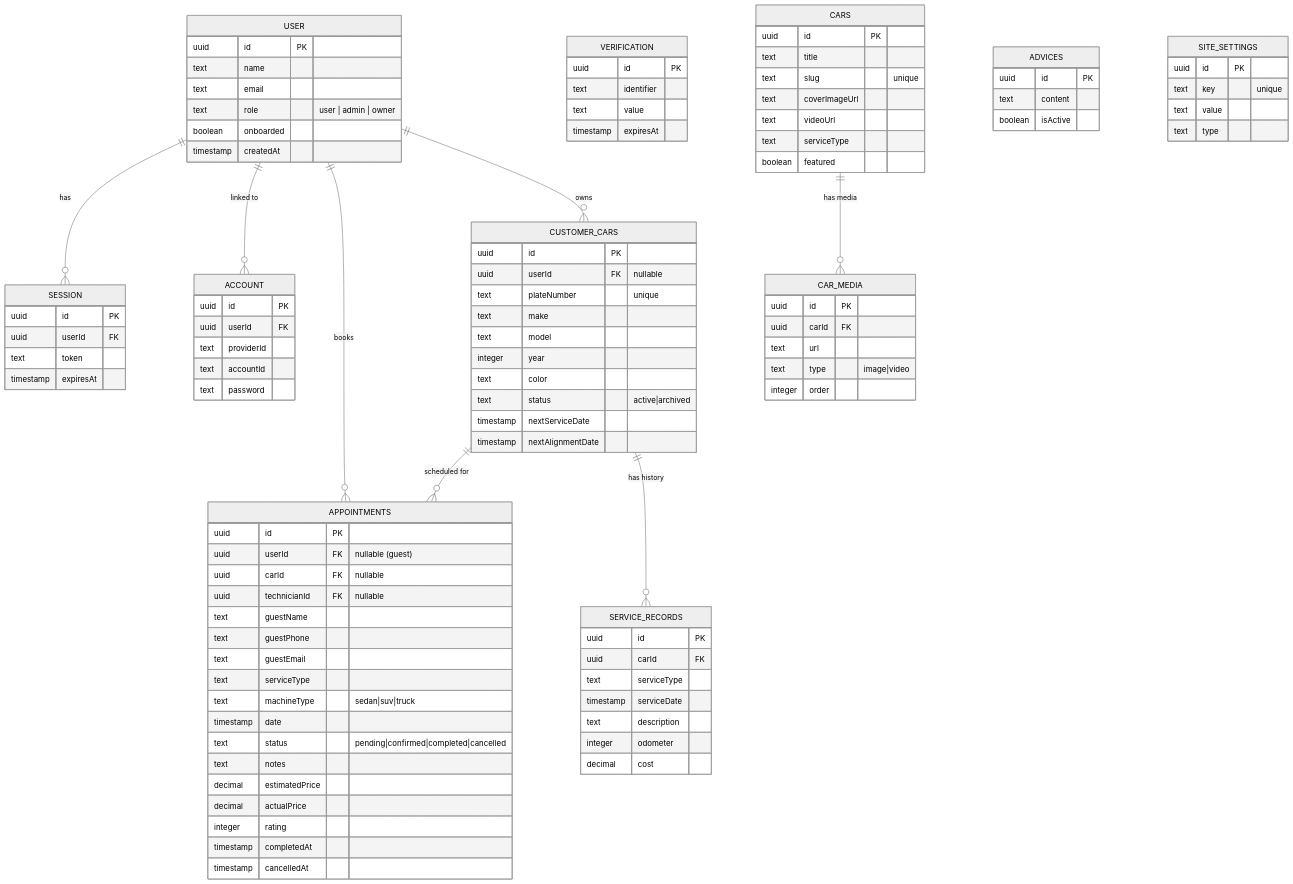
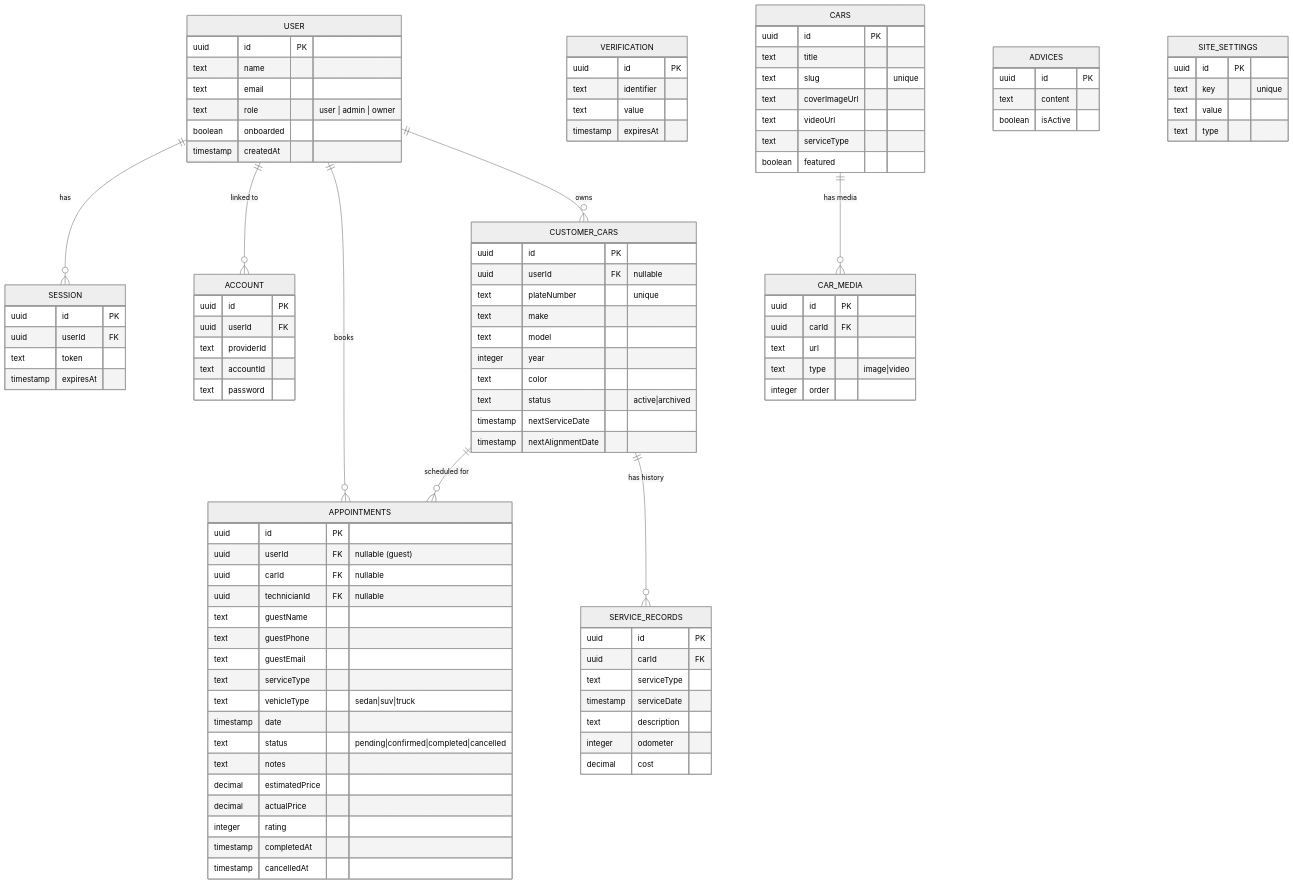
The diagram in docs/ERD.md (ahmed-lotfy-dev/thedrive.center), drawn with Mermaid (neutral theme) before and after one commit. The commit also changed 16 other files, not shown here.

```diff
--- a/docs/ERD.md
+++ b/docs/ERD.md
@@ -44,7 +44,7 @@
         text guestPhone
         text guestEmail
         text serviceType
-        text machineType "sedan|suv|truck"
+        text vehicleType "sedan|suv|truck"
         timestamp date
         text status "pending|confirmed|completed|cancelled"
         text notes
```
